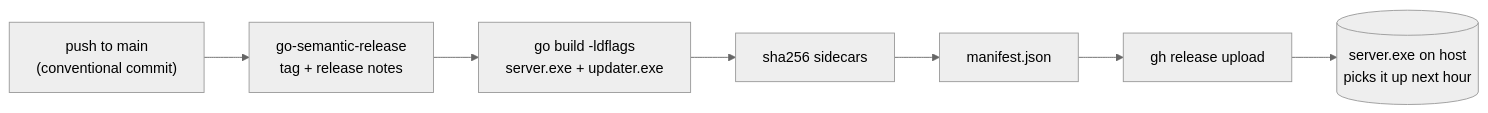
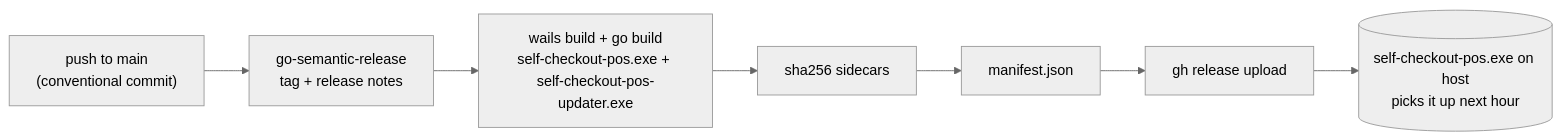
Before and after one commit to tqrcisio/self-checkout-pos: the third of 3 diagrams in README.md, drawn with Mermaid (neutral theme). The commit also changed other lines of this file and 10 other files, not shown here.

````diff
--- a/README.md
+++ b/README.md
@@ -235,12 +236,12 @@
 ```mermaid
 flowchart LR
     push["push to main<br/>(conventional commit)"]
     semrel["go-semantic-release<br/>tag + release notes"]
-    build["go build -ldflags<br/>server.exe + updater.exe"]
+    build["wails build + go build<br/>self-checkout-pos.exe + self-checkout-pos-updater.exe"]
     sums["sha256 sidecars"]
     manifest["manifest.json"]
     upload["gh release upload"]
-    poll[("server.exe on host<br/>picks it up next hour")]
+    poll[("self-checkout-pos.exe on host<br/>picks it up next hour")]
 
     push --> semrel --> build --> sums --> manifest --> upload --> poll
 ```
````
